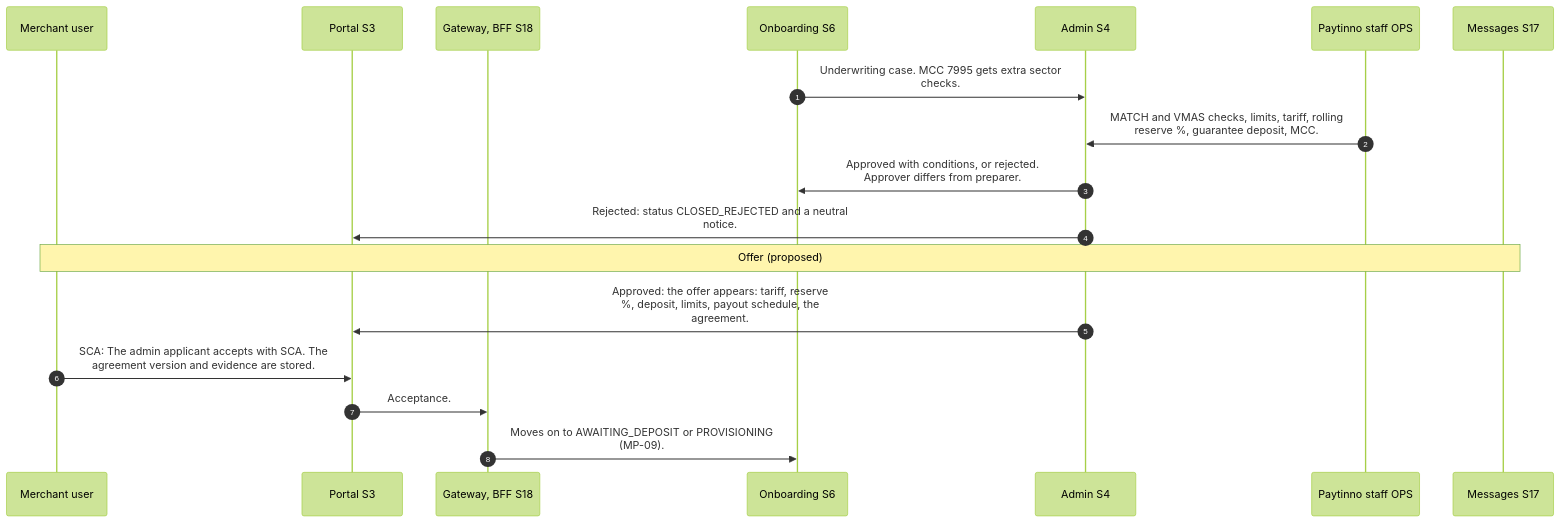
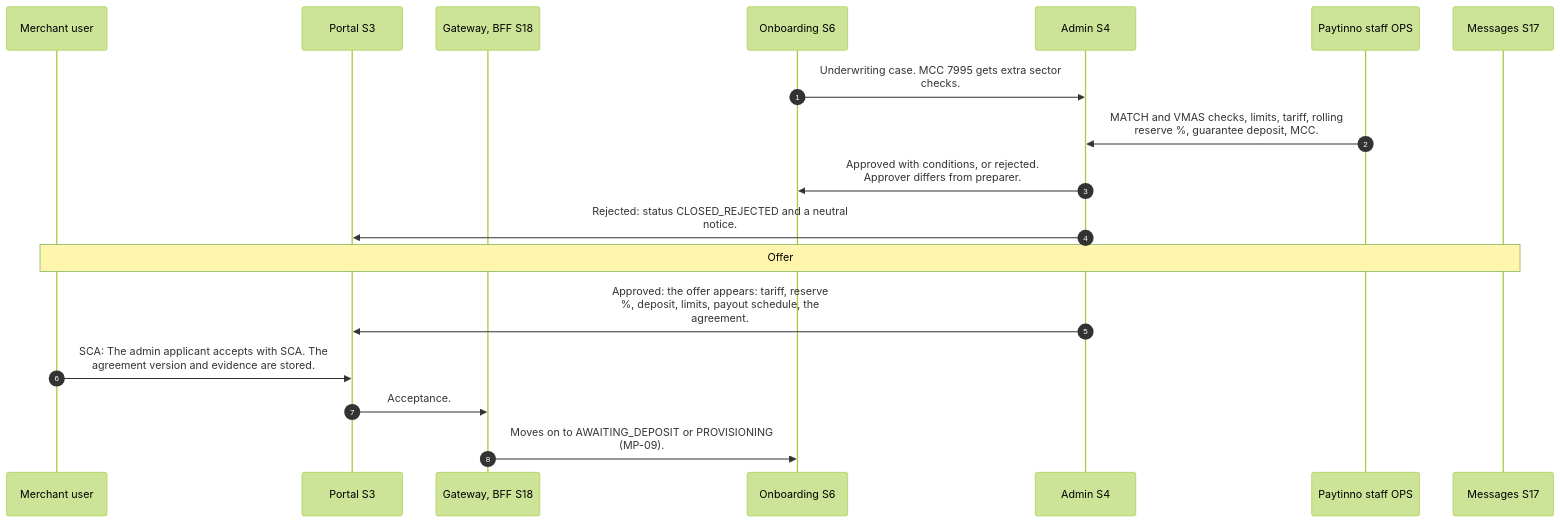
The first of 2 diagrams in docs/workflows/MP-08-underwriting-decision-and-the-offer.md (paytinno/merchant-portal-workflows), drawn with Mermaid (forest theme) before and after one commit. The commit also changed other lines of this file and 36 other files, not shown here.

````diff
--- a/docs/workflows/MP-08-underwriting-decision-and-the-offer.md
+++ b/docs/workflows/MP-08-underwriting-decision-and-the-offer.md
@@ -21,20 +21,20 @@
 ```mermaid
 sequenceDiagram
   autonumber
   participant MER as Merchant user
   participant S3 as Portal S3
   participant S18 as Gateway, BFF S18
   participant S6 as Onboarding S6
   participant S4 as Admin S4
   participant OPS as Paytinno staff OPS
   participant S17 as Messages S17
   S6->>S4: Underwriting case. MCC 7995 gets extra sector<br/>checks.
   OPS->>S4: MATCH and VMAS checks, limits, tariff, rolling<br/>reserve %, guarantee deposit, MCC.
   S4->>S6: Approved with conditions, or rejected.<br/>Approver differs from preparer.
   S4->>S3: Rejected: status CLOSED_REJECTED and a neutral<br/>notice.
-  Note over MER,S17: Offer (proposed)
+  Note over MER,S17: Offer
   S4->>S3: Approved: the offer appears: tariff, reserve<br/>%, deposit, limits, payout schedule, the<br/>agreement.
   MER->>S3: SCA: The admin applicant accepts with SCA. The<br/>agreement version and evidence are stored.
   S3->>S18: Acceptance.
   S18->>S6: Moves on to AWAITING_DEPOSIT or PROVISIONING<br/>(MP-09).
 ```
````
